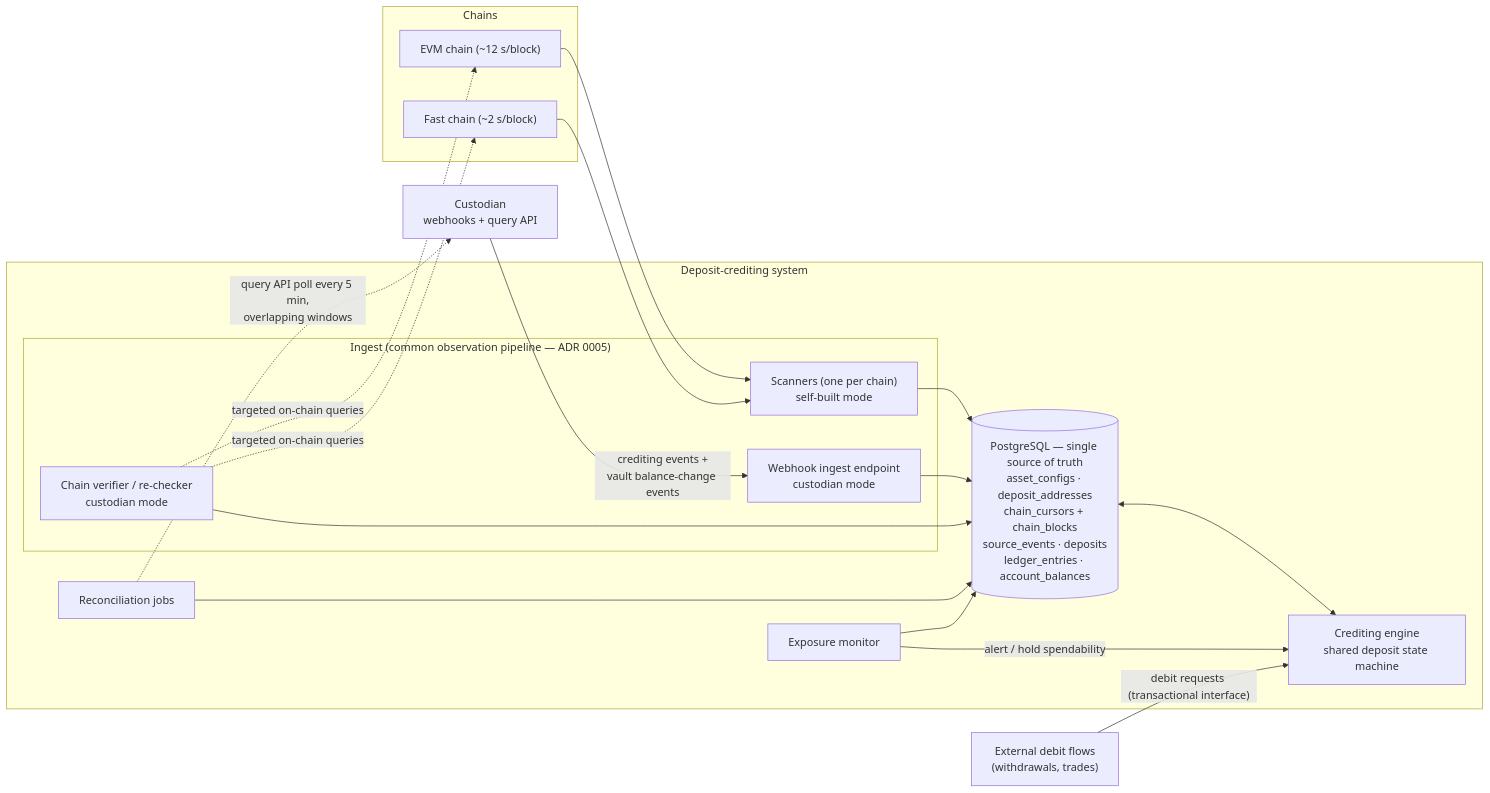
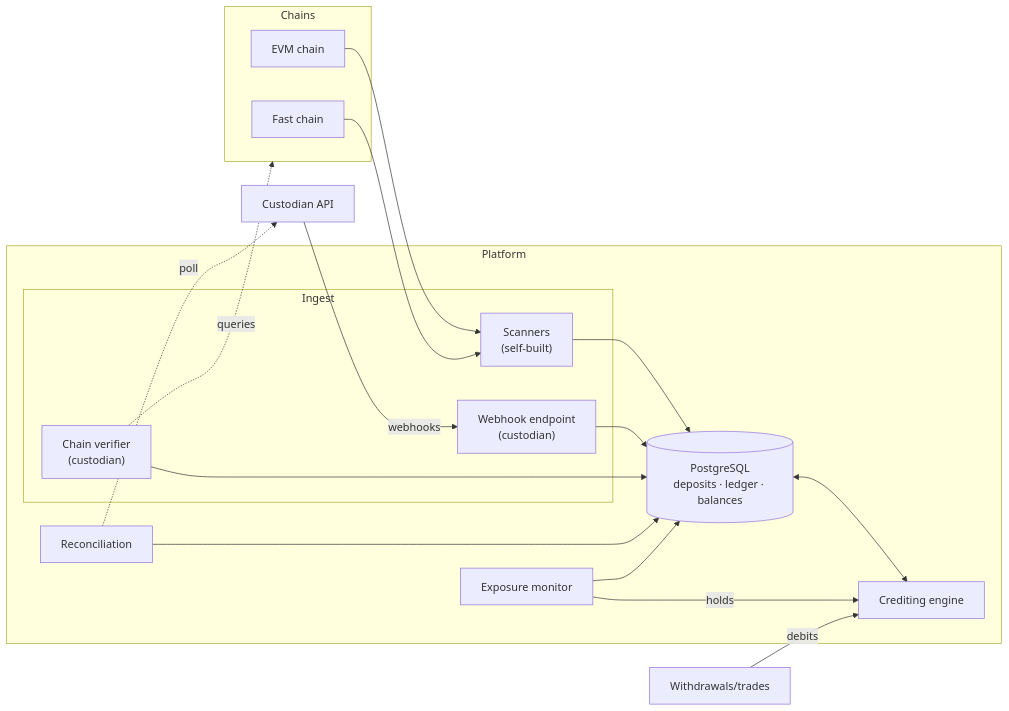
One commit to peterzzshi/multi-chain-deposit-crediting-system changed the diagram in docs/architecture.md. Above: the diagram before and after it, drawn with Mermaid. The commit also changed other lines of this file and 11 other files, not shown here.

````diff
--- a/docs/architecture.md
+++ b/docs/architecture.md
@@ -7,40 +5,39 @@
 ```mermaid
 flowchart LR
     subgraph chains["Chains"]
-        EVM["EVM chain (~12 s/block)"]
-        FAST["Fast chain (~2 s/block)"]
+        EVM["EVM chain"]
+        FAST["Fast chain"]
     end
 
-    CUST["Custodian<br/>webhooks + query API"]
-    EXT["External debit flows<br/>(withdrawals, trades)"]
+    CUST["Custodian API"]
+    EXT["Withdrawals/trades"]
 
-    subgraph platform["Deposit-crediting system"]
-        subgraph ingest["Ingest (common observation pipeline — ADR 0005)"]
-            SCAN["Scanners (one per chain)<br/>self-built mode"]
-            WH["Webhook ingest endpoint<br/>custodian mode"]
-            VER["Chain verifier / re-checker<br/>custodian mode"]
+    subgraph platform["Platform"]
+        subgraph ingest["Ingest"]
+            SCAN["Scanners<br/>(self-built)"]
+            WH["Webhook endpoint<br/>(custodian)"]
+            VER["Chain verifier<br/>(custodian)"]
         end
 
-        CRED["Crediting engine<br/>shared deposit state machine"]
-        RECON["Reconciliation jobs"]
+        CRED["Crediting engine"]
+        RECON["Reconciliation"]
         EXP["Exposure monitor"]
 
-        DB[("PostgreSQL — single source of truth<br/>asset_configs · deposit_addresses<br/>chain_cursors + chain_blocks<br/>source_events · deposits<br/>ledger_entries · account_balances")]
+        DB[("PostgreSQL<br/>deposits · ledger · balances")]
     end
 
     EVM --> SCAN
     FAST --> SCAN
-    CUST -->|"crediting events +<br/>vault balance-change events"| WH
-    VER -.->|"targeted on-chain queries"| EVM
-    VER -.->|"targeted on-chain queries"| FAST
-    RECON -.->|"query API poll every 5 min,<br/>overlapping windows"| CUST
+    CUST -->|webhooks| WH
+    VER -.->|queries| chains
+    RECON -.->|poll| CUST
 
     SCAN --> DB
     WH --> DB
     VER --> DB
     RECON --> DB
     DB <--> CRED
     EXP --> DB
-    EXP -->|"alert / hold spendability"| CRED
-    EXT -->|"debit requests (transactional interface)"| CRED
+    EXP -->|holds| CRED
+    EXT -->|debits| CRED
 ```
````
